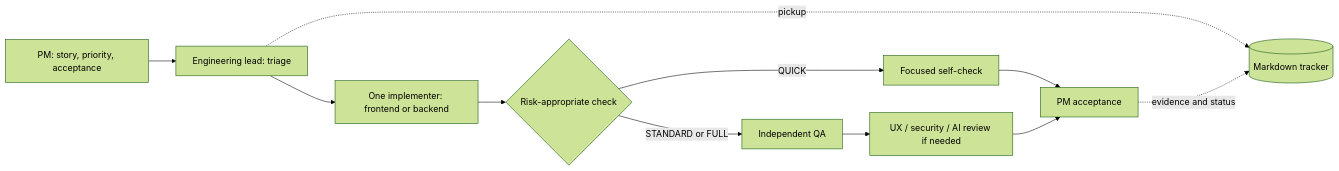
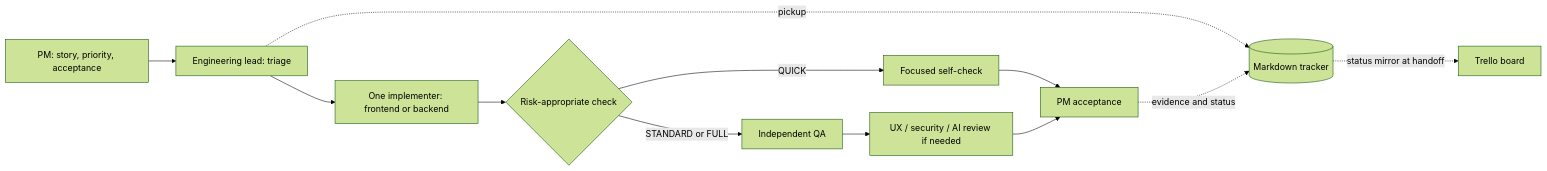
One commit to vale2015/Dissertation changed the second of 2 diagrams in README.md. Above: the diagram before and after it, drawn with Mermaid (forest theme). The commit also changed other lines of this file and 9 other files, not shown here.

````diff
--- a/README.md
+++ b/README.md
@@ -73,13 +73,14 @@
 ```mermaid
 flowchart LR
   PM[PM: story, priority, acceptance] --> Lead[Engineering lead: triage]
   Lead --> Impl[One implementer: frontend or backend]
   Impl --> Check{Risk-appropriate check}
   Check -->|QUICK| Self[Focused self-check]
   Check -->|STANDARD or FULL| QA[Independent QA]
   QA --> Extra[UX / security / AI review if needed]
   Self --> PM2[PM acceptance]
   Extra --> PM2
   Lead -. pickup .-> T[(Markdown tracker)]
   PM2 -. evidence and status .-> T
+  T -. status mirror at handoff .-> B[Trello board]
 ```
````
